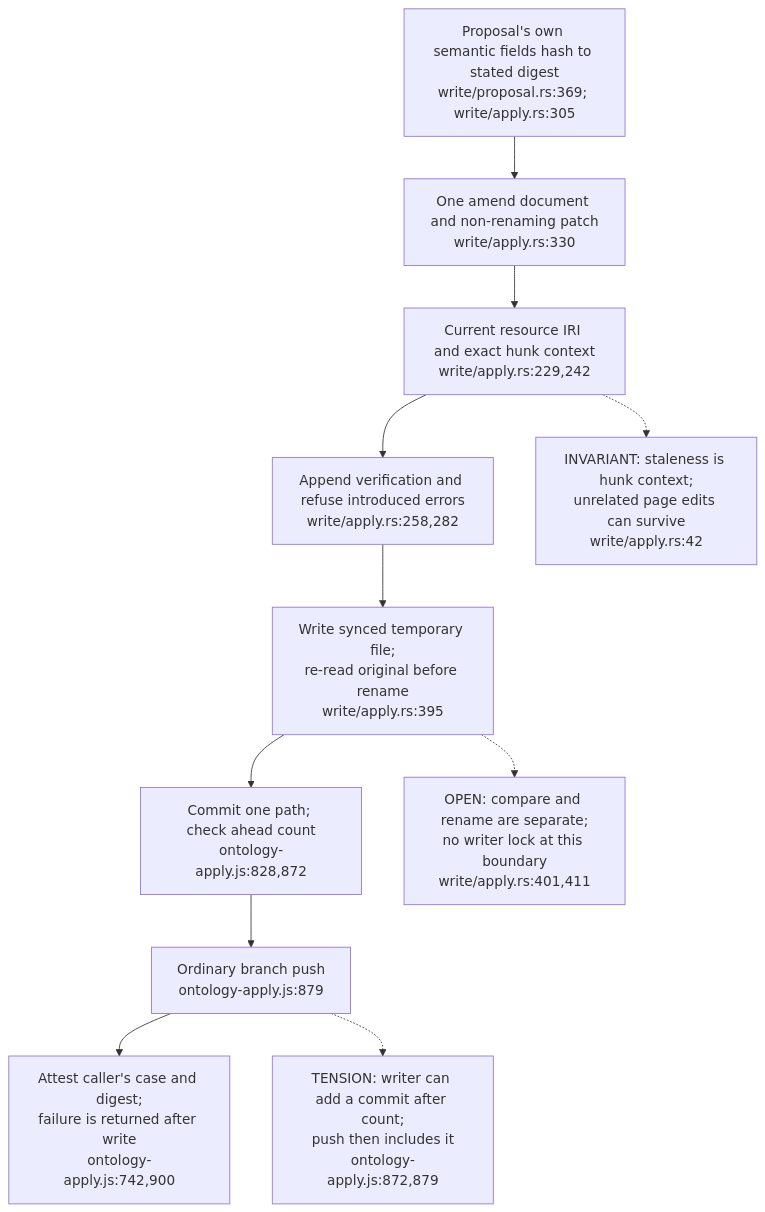
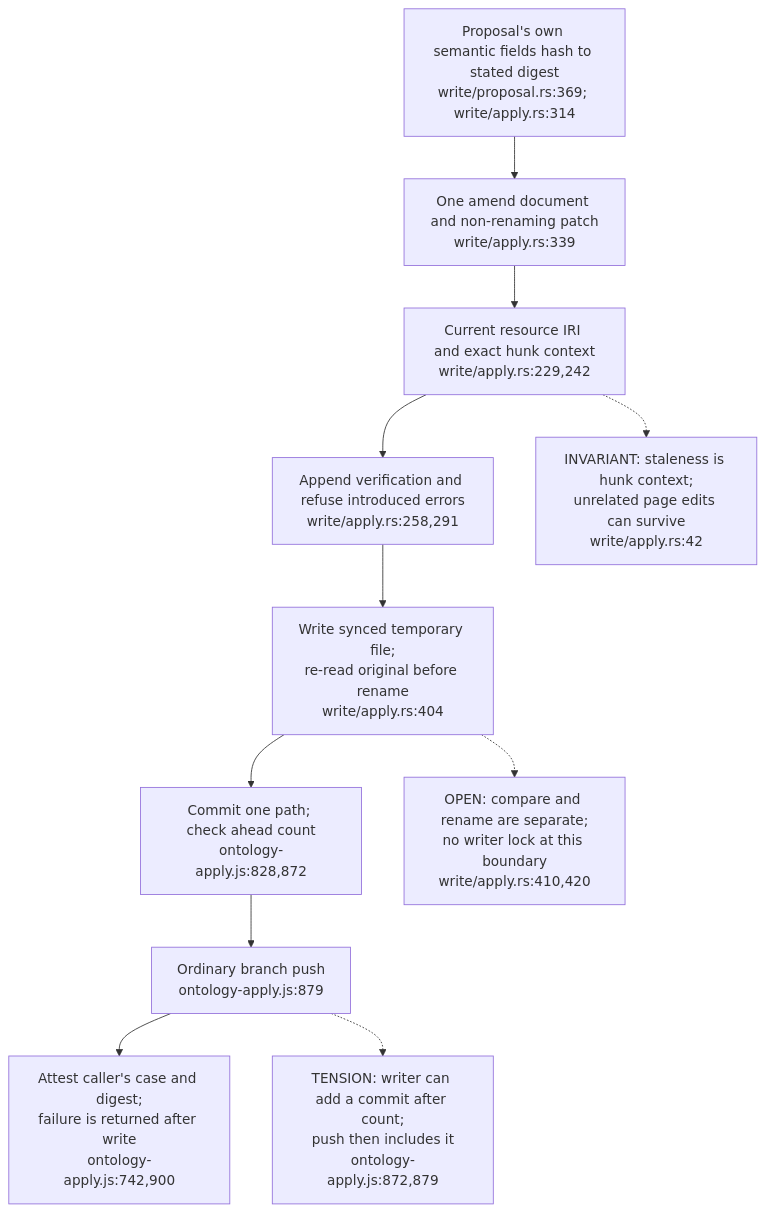
One commit to DreamLab-AI/VisionFlow changed the third of 3 diagrams in docs/diagrams/ontomark/07-governed-create-and-amend.md. Above: the diagram before and after it, drawn with Mermaid. The commit also changed other lines of this file and 154 other files, not shown here.

First line of the commit message:
docs(diagrams): re-stamp 154 topics whose every citation still reads the same text at the current heads

````diff
--- a/docs/diagrams/ontomark/07-governed-create-and-amend.md
+++ b/docs/diagrams/ontomark/07-governed-create-and-amend.md
@@ -64,13 +64,13 @@
 ```mermaid
 flowchart TD
-    P["Proposal's own semantic fields hash to stated digest<br/>write/proposal.rs:369; write/apply.rs:305"] --> ONE["One amend document and non-renaming patch<br/>write/apply.rs:330"]
+    P["Proposal's own semantic fields hash to stated digest<br/>write/proposal.rs:369; write/apply.rs:314"] --> ONE["One amend document and non-renaming patch<br/>write/apply.rs:339"]
     ONE --> BASE["Current resource IRI and exact hunk context<br/>write/apply.rs:229,242"]
-    BASE --> VALID["Append verification and refuse introduced errors<br/>write/apply.rs:258,282"]
-    VALID --> TEMP["Write synced temporary file;<br/>re-read original before rename<br/>write/apply.rs:395"]
+    BASE --> VALID["Append verification and refuse introduced errors<br/>write/apply.rs:258,291"]
+    VALID --> TEMP["Write synced temporary file;<br/>re-read original before rename<br/>write/apply.rs:404"]
     TEMP --> COMMIT["Commit one path; check ahead count<br/>ontology-apply.js:828,872"]
     COMMIT --> PUSH["Ordinary branch push<br/>ontology-apply.js:879"]
     PUSH --> LEDGER["Attest caller's case and digest;<br/>failure is returned after write<br/>ontology-apply.js:742,900"]
     BASE -.-> H["INVARIANT: staleness is hunk context;<br/>unrelated page edits can survive<br/>write/apply.rs:42"]
-    TEMP -.-> RACE["OPEN: compare and rename are separate;<br/>no writer lock at this boundary<br/>write/apply.rs:401,411"]
+    TEMP -.-> RACE["OPEN: compare and rename are separate;<br/>no writer lock at this boundary<br/>write/apply.rs:410,420"]
     PUSH -.-> OTHER["TENSION: writer can add a commit after count;<br/>push then includes it<br/>ontology-apply.js:872,879"]
 ```
````
